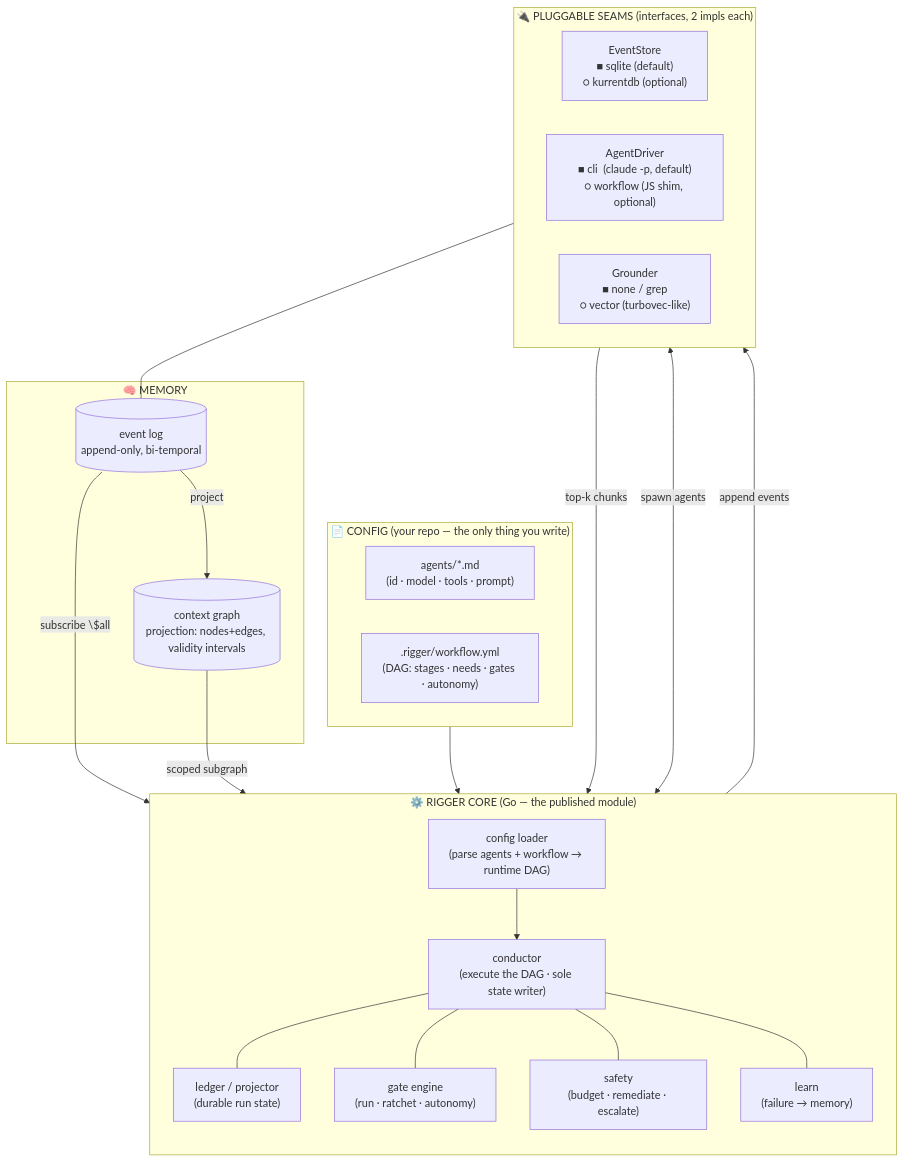
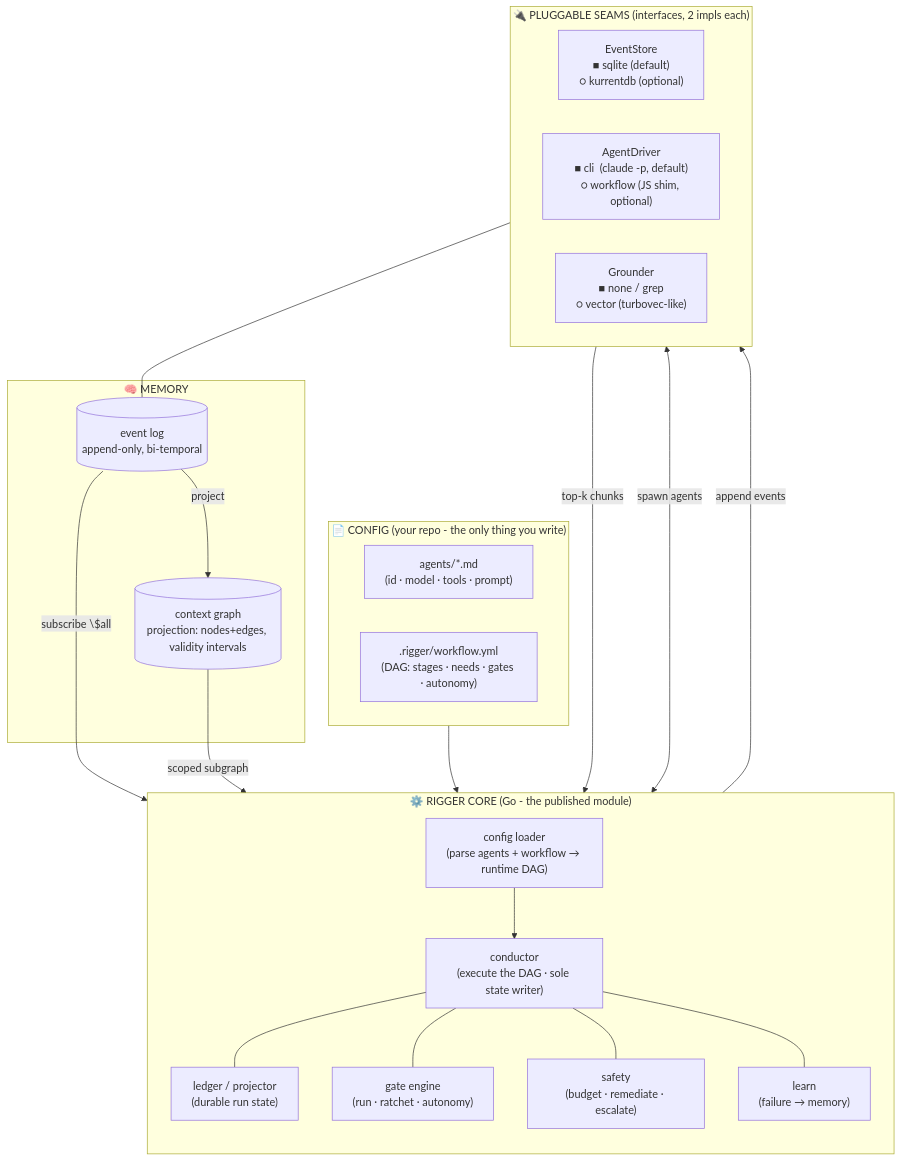
One commit to virtual-velocitation/rigger changed the first of 3 diagrams in docs/architecture.md. Above: the diagram before and after it, drawn with Mermaid. The commit also changed other lines of this file, not shown here.

Commit message:
Polish wording in the architecture doc

````diff
--- a/docs/architecture.md
+++ b/docs/architecture.md
@@ -93,40 +93,40 @@
 ```mermaid
 flowchart TB
-  subgraph CFG["📄 CONFIG (your repo — the only thing you write)"]
+  subgraph CFG["📄 CONFIG (your repo - the only thing you write)"]
     AG["agents/*.md<br/>(id · model · tools · prompt)"]
     WF[".rigger/workflow.yml<br/>(DAG: stages · needs · gates · autonomy)"]
   end
 
-  subgraph CORE["⚙️ RIGGER CORE (Go — the published module)"]
+  subgraph CORE["⚙️ RIGGER CORE (Go - the published module)"]
     direction TB
     LOADER["config loader<br/>(parse agents + workflow → runtime DAG)"]
     COND["conductor<br/>(execute the DAG · sole state writer)"]
     LEDGER["ledger / projector<br/>(durable run state)"]
     GATES["gate engine<br/>(run · ratchet · autonomy)"]
     SAFE["safety<br/>(budget · remediate · escalate)"]
     LEARN["learn<br/>(failure → memory)"]
     COND --- LEDGER & GATES & SAFE & LEARN
     LOADER --> COND
   end
 
   subgraph SEAMS["🔌 PLUGGABLE SEAMS (interfaces, 2 impls each)"]
     direction LR
     ES["EventStore<br/>■ sqlite (default)<br/>○ kurrentdb (optional)"]
     DR["AgentDriver<br/>■ cli  (claude -p, default)<br/>○ workflow (JS shim, optional)"]
     GR["Grounder<br/>■ none / grep<br/>○ vector (turbovec-like)"]
   end
 
   subgraph MEM["🧠 MEMORY"]
     LOG[("event log<br/>append-only, bi-temporal")]
     CG[("context graph<br/>projection: nodes+edges, validity intervals")]
     LOG -->|project| CG
   end
 
   CFG --> LOADER
   COND <-->|spawn agents| DR
   COND -->|append events| ES
   ES --- LOG
   LOG -->|subscribe \$all| COND
   CG -->|scoped subgraph| COND
   GR -->|top-k chunks| COND
 ```
````
